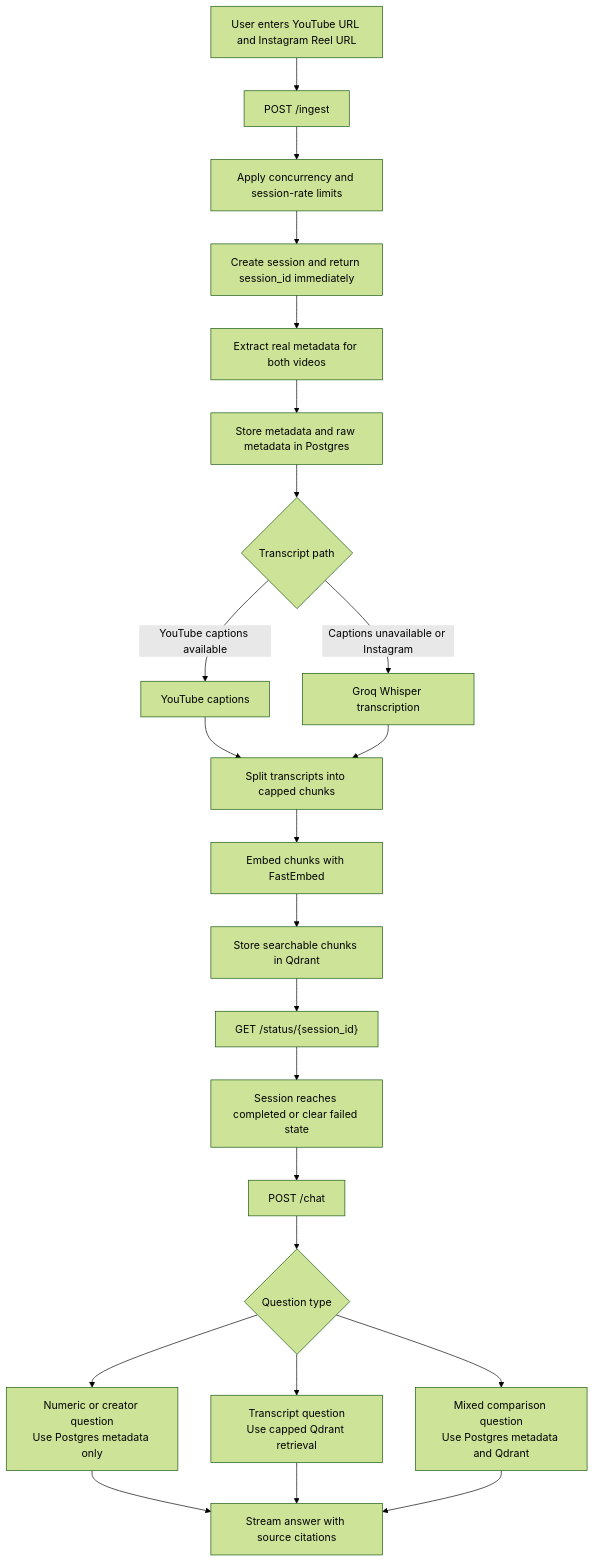
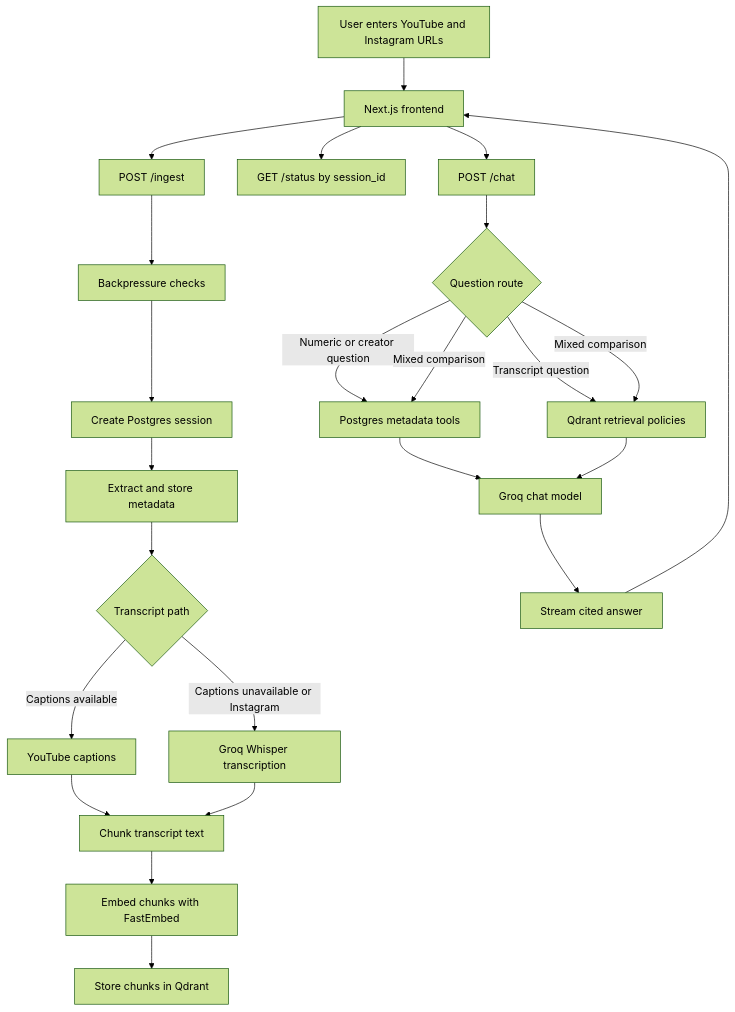
The diagram in README.md (nirmaljb/CreatorGPT), drawn with Mermaid (forest theme) before and after one commit. The commit also changed other lines of this file and 1 other file, not shown here.

Commit message:
docs: reorganize README content into structured sections and update architecture diagrams

````diff
--- a/README.md
+++ b/README.md
@@ -63,33 +45,38 @@
 ```mermaid
 flowchart TD
-    A["User enters YouTube URL and Instagram Reel URL"]
-    B["POST /ingest"]
-    C["Apply concurrency and session-rate limits"]
-    D["Create session and return session_id immediately"]
-    E["Extract real metadata for both videos"]
-    F["Store metadata and raw metadata in Postgres"]
-    G{Transcript path}
-    H["YouTube captions"]
-    I["Groq Whisper transcription"]
-    J["Split transcripts into capped chunks"]
-    K["Embed chunks with FastEmbed"]
-    L["Store searchable chunks in Qdrant"]
-    M["GET /status/{session_id}"]
-    N["Session reaches completed or clear failed state"]
-    O["POST /chat"]
-    P{Question type}
-    Q["Numeric or creator question<br/>Use Postgres metadata only"]
-    R["Transcript question<br/>Use capped Qdrant retrieval"]
-    S["Mixed comparison question<br/>Use Postgres metadata and Qdrant"]
-    T["Stream answer with source citations"]
+    user["User enters YouTube and Instagram URLs"]
+    frontend["Next.js frontend"]
+    ingest["POST /ingest"]
+    limits["Backpressure checks"]
+    session["Create Postgres session"]
+    metadata["Extract and store metadata"]
+    transcript{"Transcript path"}
+    captions["YouTube captions"]
+    whisper["Groq Whisper transcription"]
+    chunks["Chunk transcript text"]
+    embed["Embed chunks with FastEmbed"]
+    qdrant["Store chunks in Qdrant"]
+    status["GET /status by session_id"]
+    chat["POST /chat"]
+    router{"Question route"}
+    pg["Postgres metadata tools"]
+    retrieve["Qdrant retrieval policies"]
+    llm["Groq chat model"]
+    answer["Stream cited answer"]
 
-    A --> B --> C --> D --> E --> F --> G
-    G -->|YouTube captions available| H
-    G -->|Captions unavailable or Instagram| I
-    H --> J
-    I --> J
-    J --> K --> L --> M --> N --> O --> P
-    P --> Q --> T
-    P --> R --> T
-    P --> S --> T
+    user --> frontend --> ingest --> limits --> session --> metadata --> transcript
+    transcript -->|Captions available| captions
+    transcript -->|Captions unavailable or Instagram| whisper
+    captions --> chunks
+    whisper --> chunks
+    chunks --> embed --> qdrant
+    frontend --> status
+    frontend --> chat --> router
+    router -->|Numeric or creator question| pg
+    router -->|Transcript question| retrieve
+    router -->|Mixed comparison| pg
+    router -->|Mixed comparison| retrieve
+    pg --> llm
+    retrieve --> llm
+    llm --> answer --> frontend
 ```
````
